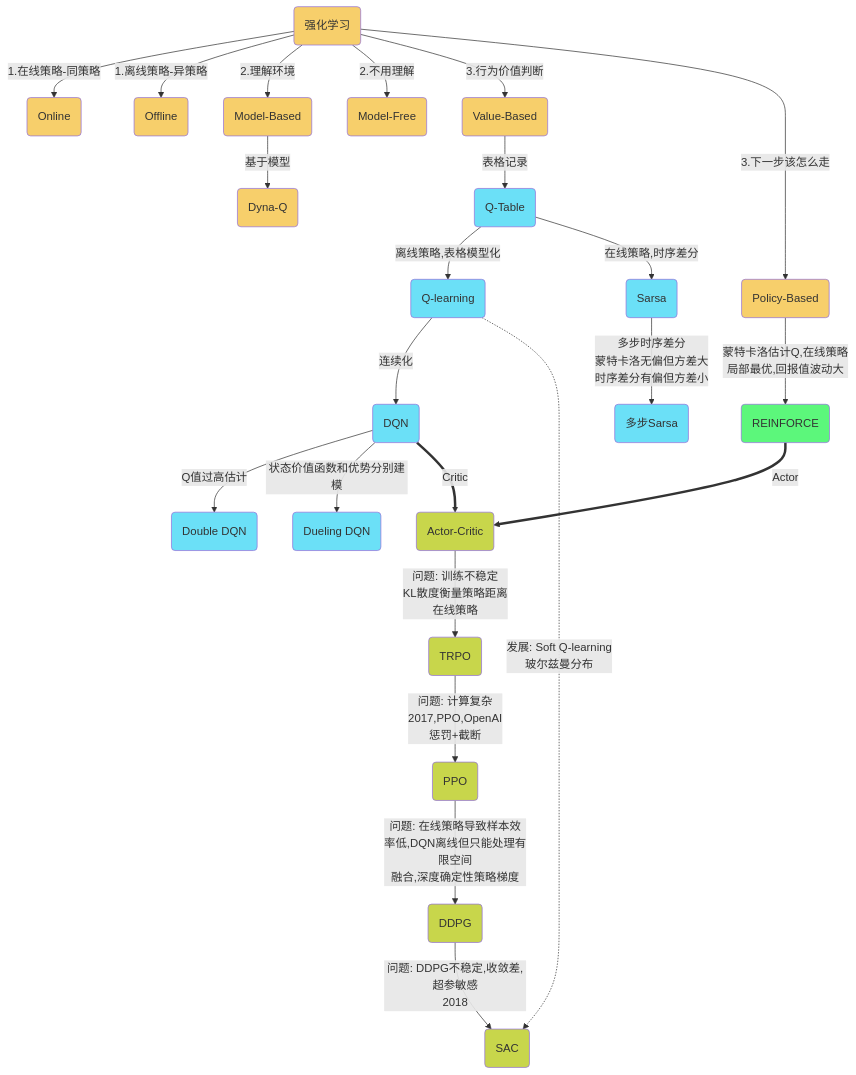
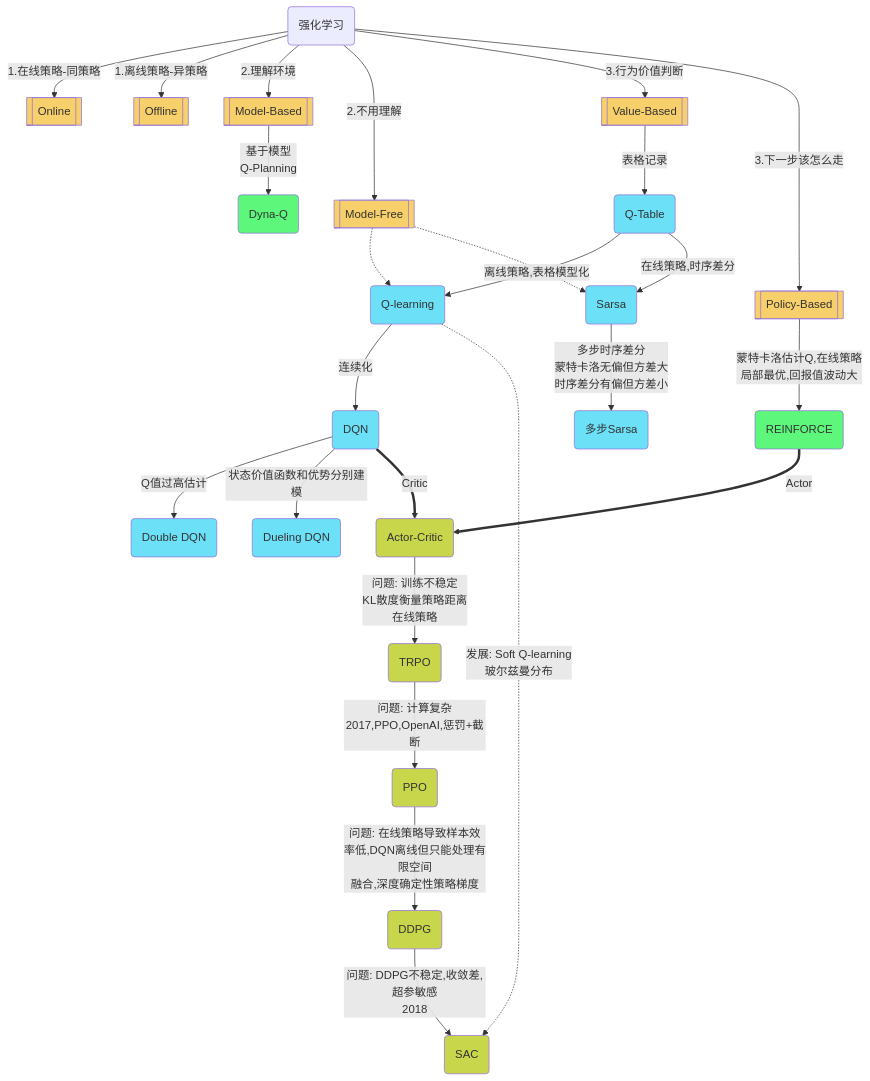
One commit to Gaohaoyang/gaohaoyang.github.io changed the diagram in _posts/2020-05-14-RL.md. Above: the diagram before and after it, drawn with Mermaid.

Commit message:
算法总结图解

```diff
--- a/_posts/2020-05-14-RL.md
+++ b/_posts/2020-05-14-RL.md
@@ -699,35 +699,39 @@
 <div class="mermaid">
     flowchart TD
     %% 节点颜色
     classDef red fill:#f02;
     classDef green fill:#5CF77B;
     classDef blue fill:#6BE0F7;
     classDef orange fill:#F7CF6B;
     classDef grass fill:#C8D64B;
     %%节点关系定义
-    O(强化学习):::orange
-    O -->|1.在线策略-同策略| S(Online):::orange
-    O -->|1.离线策略-异策略| N(Offline):::orange
-    O -->|2.理解环境| MB(Model-Based):::orange
-    O -->|2.不用理解| MF(Model-Free):::orange
-    MB -->|基于模型|MB1(Dyna-Q):::orange
-    O -->|3.行为价值判断| V(Value-Based):::orange
-    O -->|3.下一步该怎么走| P(Policy-Based):::orange
+    O(强化学习)
+    O -->|1.在线策略-同策略| S[[Online]]:::orange
+    O -->|1.离线策略-异策略| N[[Offline]]:::orange
+
+    O -->|2.理解环境| MB[[Model-Based]]:::orange
+    O -->|2.不用理解| MF[[Model-Free]]:::orange
+    MB -->|基于模型\nQ-Planning|MB1(Dyna-Q):::green
+    
+    O -->|3.行为价值判断| V[[Value-Based]]:::orange
+    O -->|3.下一步该怎么走| P[[Policy-Based]]:::orange
+
     V -->|表格记录| V1(Q-Table):::blue
     V1 -->|离线策略,表格模型化| V2(Q-learning):::blue
     V1 -->|在线策略,时序差分| V21(Sarsa):::blue
+    MF -.->V2 & V21
     V21 -->|多步时序差分\n蒙特卡洛无偏但方差大\n时序差分有偏但方差小| V22(多步Sarsa):::blue
     V2 -->|连续化| V3(DQN):::blue
     V3 -->|Q值过高估计| V31(Double DQN):::blue
     V3 -->|状态价值函数和优势分别建模| V32(Dueling DQN):::blue
 
     P -->|蒙特卡洛估计Q,在线策略\n局部最优,回报值波动大| P1(REINFORCE):::green
 
     P1 ==>|Actor| M(Actor-Critic):::grass
     V3 ==>|Critic| M
     M -->|问题: 训练不稳定\nKL散度衡量策略距离\n在线策略|M1(TRPO):::grass
-    M1 -->|问题: 计算复杂\n2017,PPO,OpenAI\n惩罚+截断|M2(PPO):::grass
+    M1 -->|问题: 计算复杂\n2017,PPO,OpenAI,惩罚+截断|M2(PPO):::grass
     M2 -->|问题: 在线策略导致样本效率低,DQN离线但只能处理有限空间\n融合,深度确定性策略梯度| M3(DDPG):::grass
     M3 -->|问题: DDPG不稳定,收敛差,超参敏感\n2018|M4(SAC):::grass
     V2 -.->|发展: Soft Q-learning\n玻尔兹曼分布| M4
 </div>
```
